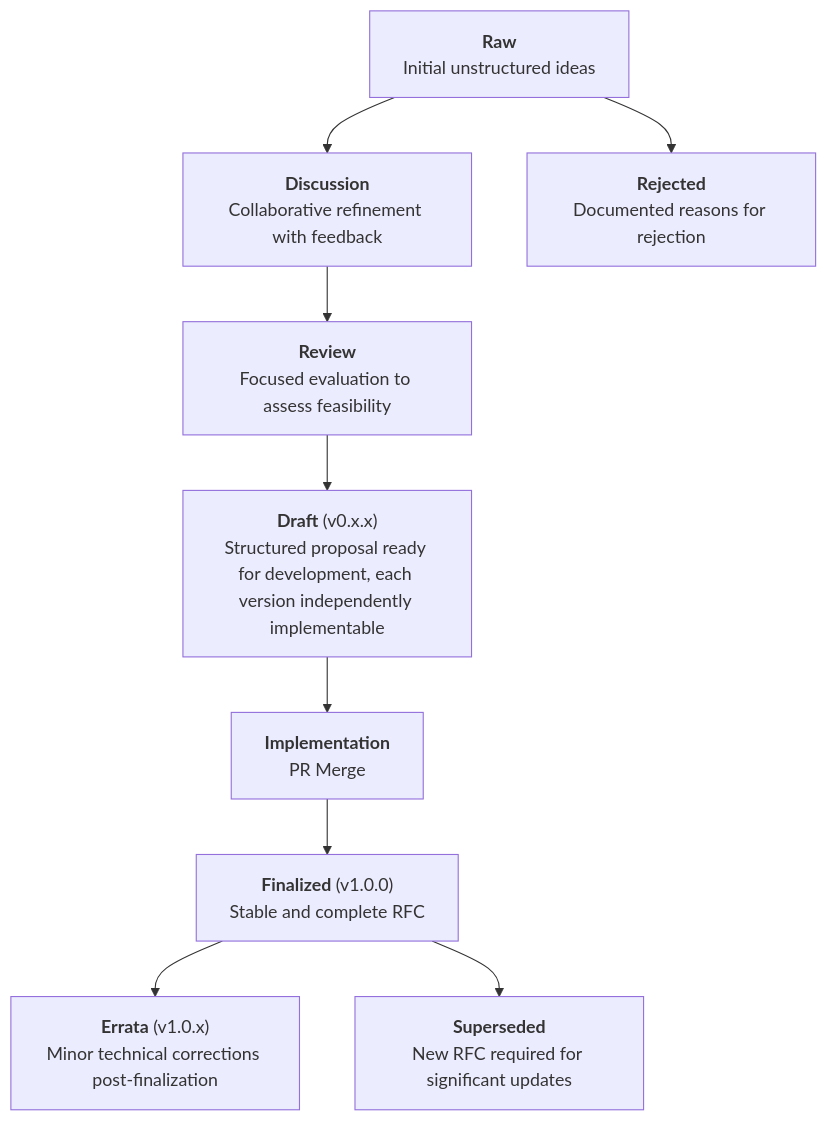
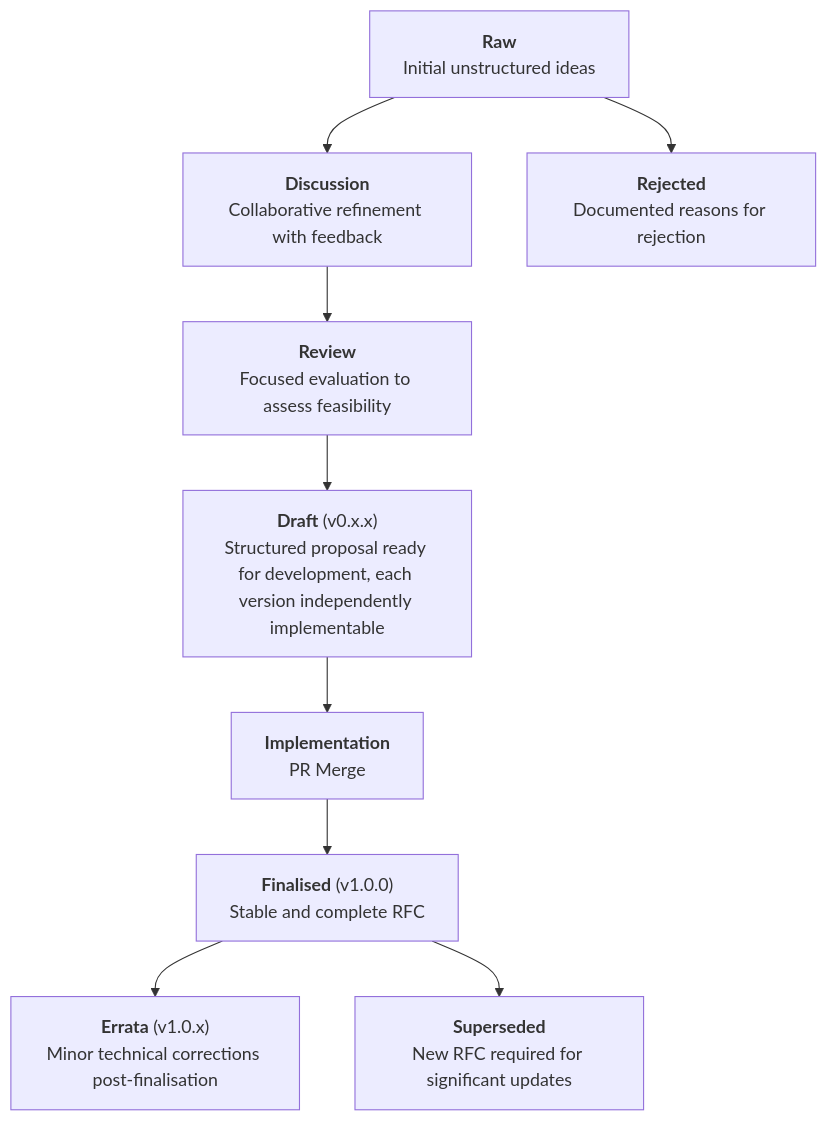
The diagram in rfcs/RFC-0001-rfc-process/0001-rfc-process.md (hoprnet/rfc), drawn with Mermaid before and after one commit. The commit also changed other lines of this file and 12 other files, not shown here.

````diff
--- a/rfcs/RFC-0001-rfc-process/0001-rfc-process.md
+++ b/rfcs/RFC-0001-rfc-process/0001-rfc-process.md
@@ -47,30 +47,30 @@
 ```mermaid
 graph TD
     A["`**Raw**
       Initial unstructured ideas`"]
     B["`**Discussion**
       Collaborative refinement with feedback`"]
     C["`**Review**
       Focused evaluation to assess feasibility`"]
     D["`**Draft** (v0.x.x)
       Structured proposal ready for development, each version independently implementable`"]
     E["`**Implementation**
       PR Merge`"]
-    F["`**Finalized** (v1.0.0)
+    F["`**Finalised** (v1.0.0)
       Stable and complete RFC`"]
     G["`**Errata** (v1.0.x)
-      Minor technical corrections post-finalization`"]
+      Minor technical corrections post-finalisation`"]
     H["`**Superseded**
       New RFC required for significant updates`"]
     I["`**Rejected**
       Documented reasons for rejection`"]
 
     A --> B
     B --> C
     C --> D
     D --> E
     E --> F
     F --> G
     F --> H
     A --> I
 ```
````
